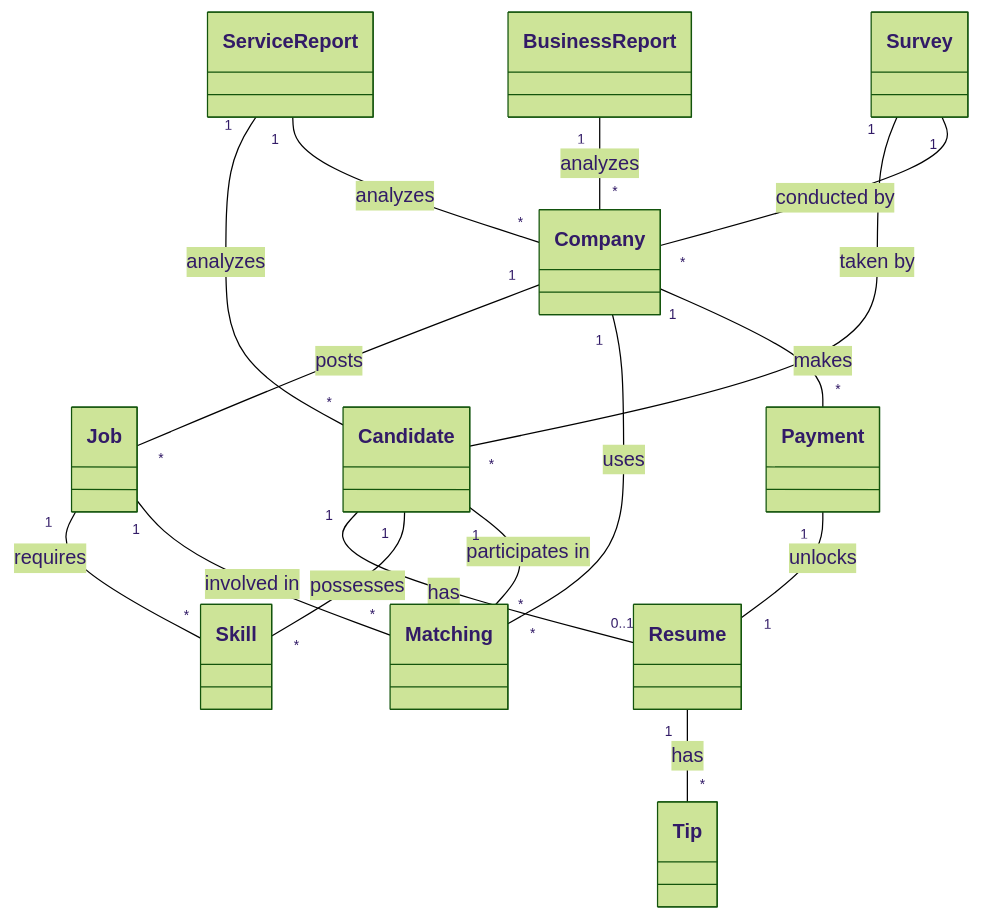
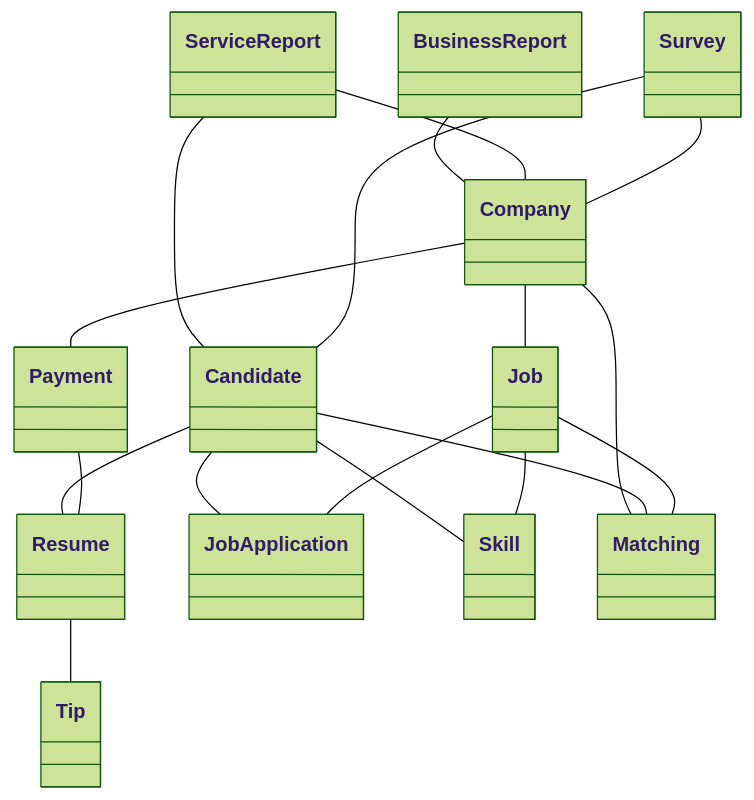
Before and after one commit to goranzoranovic2910/archkata2024: the first of 14 diagrams in README.md, drawn with Mermaid (forest theme). The commit also changed other lines of this file, not shown here.

````diff
--- a/README.md
+++ b/README.md
@@ -84,45 +84,45 @@
 ``` mermaid
 classDiagram
     %% Customer Group
     class Candidate
     class Resume
     class Tip
     class Job
+    class JobApplication
 
     %% Candidate and Company Group
     class Skill
 
     %% Company Group
     class Company
     class Matching
 
     %% Administration Group
     class Payment
 
     %% Reporting Group
     class BusinessReport
     class ServiceReport
 
     %% Surveys Group
     class Survey
 
     %% Relationships
-    Candidate "1" -- "0..1" Resume : has
-    Resume "1" -- "*" Tip : has
-    
-    
-    Candidate "1" -- "*" Skill : possesses
-    
-    Company "1" -- "*" Job : posts
-    Job "1" -- "*" Skill : requires
-    Company "1" -- "*" Matching : uses
-    Candidate "1" -- "*" Matching : participates in
-    Job "1" -- "*" Matching : involved in
-    Company "1" -- "*" Payment : makes
-    Payment "1" -- "1" Resume : unlocks
-    BusinessReport "1" -- "*" Company : analyzes
-    ServiceReport "1" -- "*" Candidate : analyzes
-    ServiceReport "1" -- "*" Company : analyzes
-    Survey "1" -- "*" Candidate : taken by
-    Survey "1" -- "*" Company : conducted by
+    Candidate -- Resume
+    Resume -- Tip
+    Candidate -- JobApplication
+    Job -- JobApplication
+    Candidate -- Skill
+    Company -- Job
+    Job -- Skill
+    Company -- Matching
+    Candidate -- Matching
+    Job -- Matching
+    Company -- Payment
+    Payment -- Resume
+    BusinessReport -- Company
+    ServiceReport -- Candidate
+    ServiceReport -- Company
+    Survey -- Candidate
+    Survey -- Company
 ```
````
